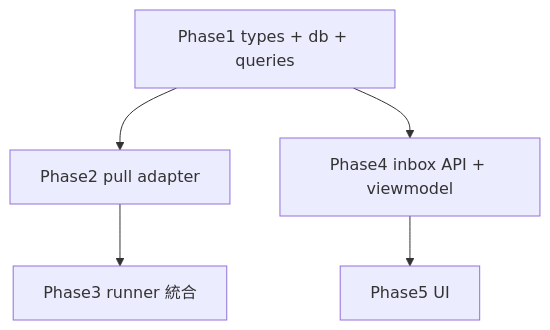
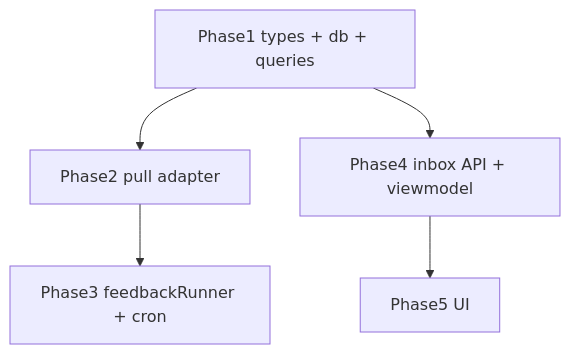
One commit to SeijiShii/service-hub changed the diagram in docs/feedback-inbox/002_feedback-inbox_PLAN.md. Above: the diagram before and after it, drawn with Mermaid. The commit also changed other lines of this file and 7 other files, not shown here.

First line of the commit message:
docs(flow:spec-review): feedback-inbox — High1/Med2/Low2 (R1 責務分離: feedbackRunner 別関数)

````diff
--- a/docs/feedback-inbox/002_feedback-inbox_PLAN.md
+++ b/docs/feedback-inbox/002_feedback-inbox_PLAN.md
@@ -56,7 +60,7 @@
 ```mermaid
 graph TD
   A[Phase1 types + db + queries] --> B[Phase2 pull adapter]
   A --> D[Phase4 inbox API + viewmodel]
-  B --> C[Phase3 runner 統合]
+  B --> C[Phase3 feedbackRunner + cron]
   D --> E[Phase5 UI]
 ```
````
